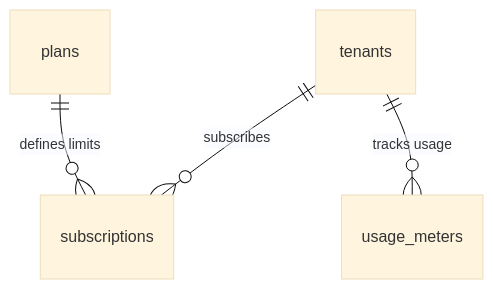
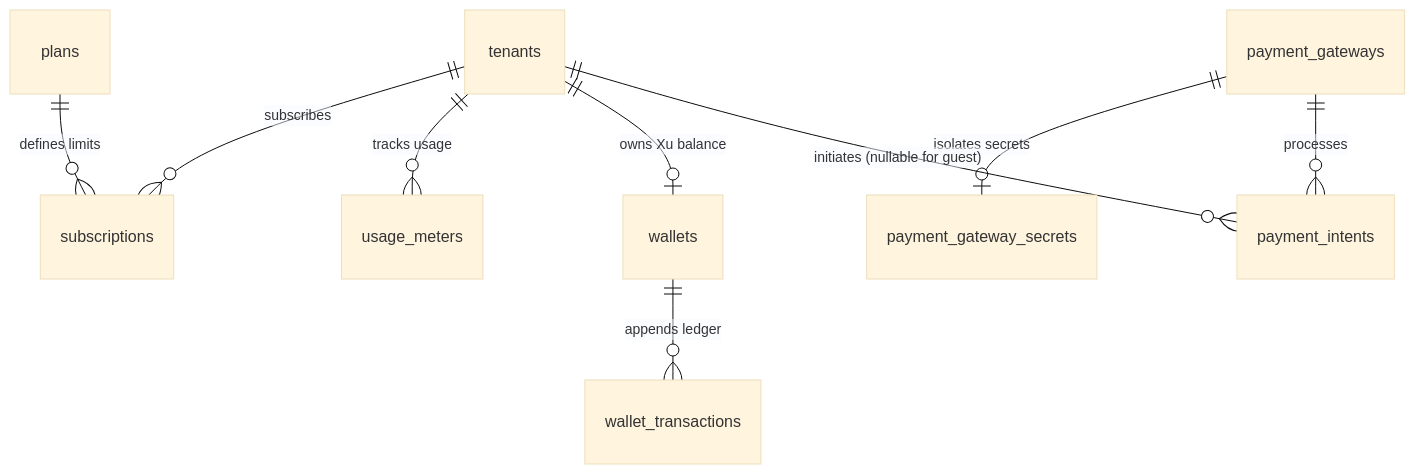
One commit to tuquet/cloud changed the diagram in supabase/plugins/subscriptions/README.md. Above: the diagram before and after it, drawn with Mermaid (base theme). The commit also changed other lines of this file and 10 other files, not shown here.

Commit message:
feat(billing): add multi-channel payment gateway, Xu wallets, and payment-webhook edge function

````diff
--- a/supabase/plugins/subscriptions/README.md
+++ b/supabase/plugins/subscriptions/README.md
@@ -25,6 +25,11 @@
 ```mermaid
 erDiagram
     tenants ||--o{ subscriptions : "subscribes"
     plans ||--o{ subscriptions : "defines limits"
     tenants ||--o{ usage_meters : "tracks usage"
+    tenants ||--o| wallets : "owns Xu balance"
+    wallets ||--o{ wallet_transactions : "appends ledger"
+    payment_gateways ||--o| payment_gateway_secrets : "isolates secrets"
+    payment_gateways ||--o{ payment_intents : "processes"
+    tenants ||--o{ payment_intents : "initiates (nullable for guest)"
 ```
````
